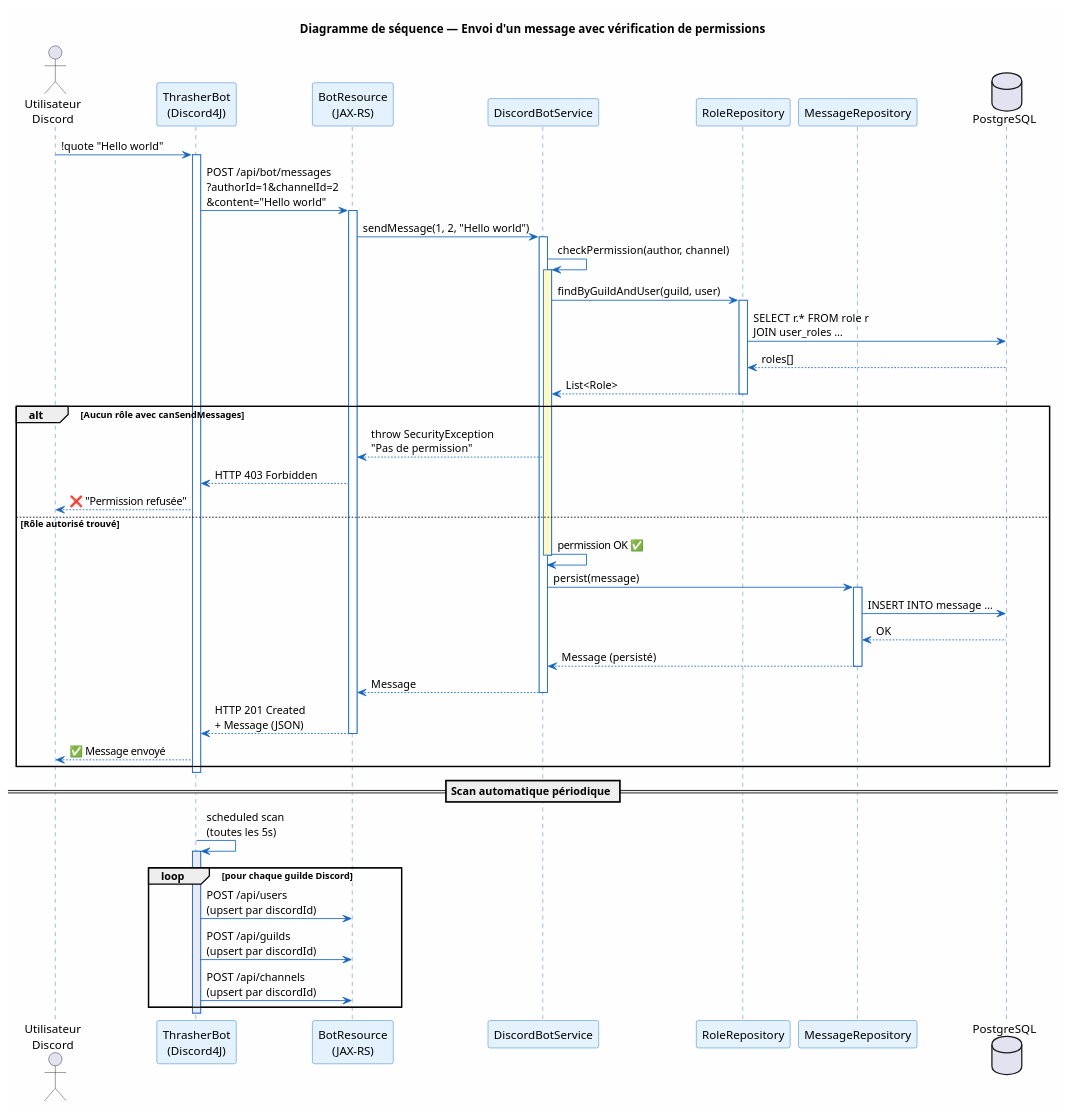
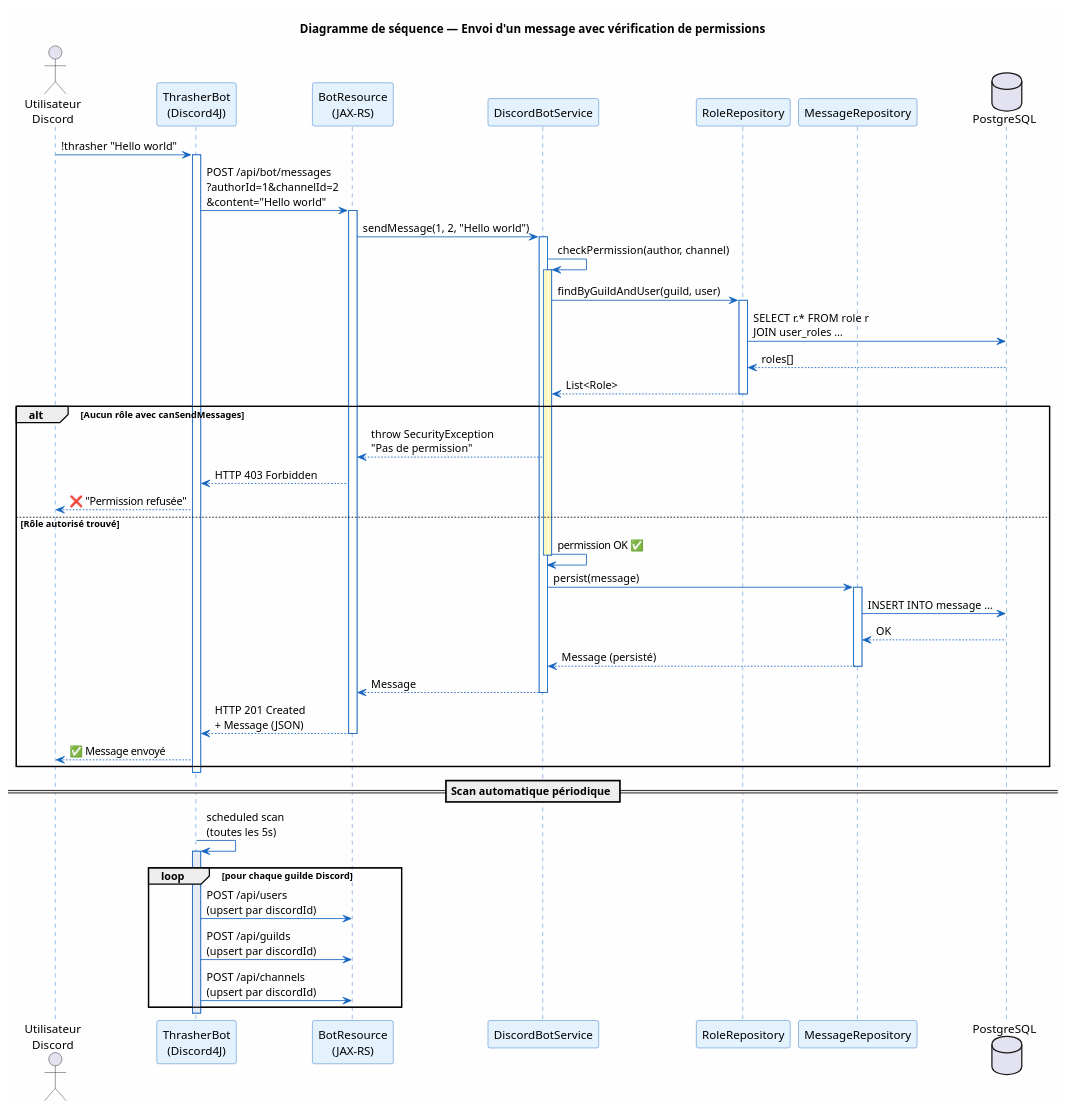
The diagram in docs/sequence-send-message.puml (DPTINFO-M2-2026/tp-fil-rouge-YacineCC), drawn with PlantUML before and after one commit. The commit also changed 3 other files, not shown here.

First line of the commit message:
fix: coherence documentation, scripts et diagrammes

```diff
--- a/docs/sequence-send-message.puml
+++ b/docs/sequence-send-message.puml
@@ -1,79 +1,79 @@
 @startuml Séquence — Envoi d'un message via le Bot
 
 skinparam backgroundColor #FEFEFE
 skinparam sequence {
     ArrowColor #1565C0
     LifeLineBorderColor #1565C0
     ParticipantBackgroundColor #E3F2FD
     ParticipantBorderColor #1565C0
 }
 
 title Diagramme de séquence — Envoi d'un message avec vérification de permissions
 
 actor "Utilisateur\nDiscord" as U
 participant "ThrasherBot\n(Discord4J)" as Bot
 participant "BotResource\n(JAX-RS)" as BR
 participant "DiscordBotService" as DS
 participant "RoleRepository" as RR
 participant "MessageRepository" as MR
 database "PostgreSQL" as DB
 
-U -> Bot : !quote "Hello world"
+U -> Bot : !thrasher "Hello world"
 activate Bot
 
 Bot -> BR : POST /api/bot/messages\n?authorId=1&channelId=2\n&content="Hello world"
 activate BR
 
 BR -> DS : sendMessage(1, 2, "Hello world")
 activate DS
 
 DS -> DS : checkPermission(author, channel)
 activate DS #FFF9C4
 
 DS -> RR : findByGuildAndUser(guild, user)
 activate RR
 RR -> DB : SELECT r.* FROM role r\nJOIN user_roles …
 DB --> RR : roles[]
 RR --> DS : List<Role>
 deactivate RR
 
 alt Aucun rôle avec canSendMessages
     DS --> BR : throw SecurityException\n"Pas de permission"
     BR --> Bot : HTTP 403 Forbidden
     Bot --> U : ❌ "Permission refusée"
 else Rôle autorisé trouvé
     DS -> DS : permission OK ✅
     deactivate DS
 
     DS -> MR : persist(message)
     activate MR
     MR -> DB : INSERT INTO message …
     DB --> MR : OK
     MR --> DS : Message (persisté)
     deactivate MR
 
     DS --> BR : Message
     deactivate DS
 
     BR --> Bot : HTTP 201 Created\n+ Message (JSON)
     deactivate BR
 
     Bot --> U : ✅ Message envoyé
 end
 
 deactivate Bot
 
 == Scan automatique périodique ==
 
 Bot -> Bot : scheduled scan\n(toutes les 5s)
 activate Bot #E8EAF6
 
 loop pour chaque guilde Discord
     Bot -> BR : POST /api/users\n(upsert par discordId)
     Bot -> BR : POST /api/guilds\n(upsert par discordId)
     Bot -> BR : POST /api/channels\n(upsert par discordId)
 end
 
 deactivate Bot
 
 @enduml
```
